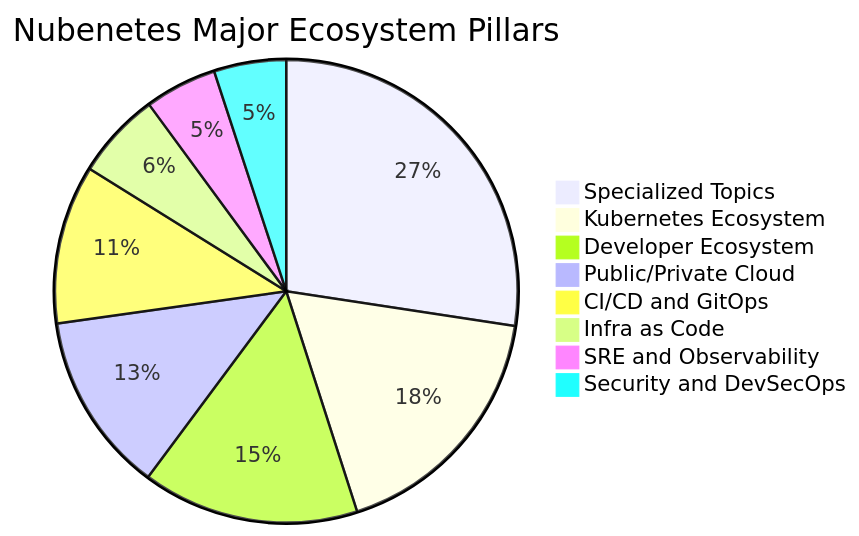
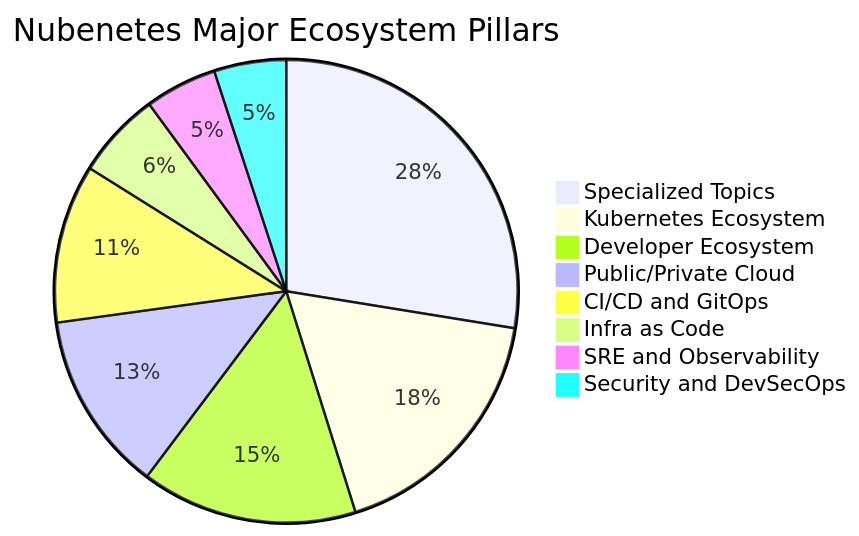
The second of 14 diagrams in README.md (nubenetes/awesome-kubernetes), drawn with Mermaid before and after one commit. The commit also changed other lines of this file, not shown here.

````diff
--- a/README.md
+++ b/README.md
@@ -308,11 +308,11 @@
 ```mermaid
 pie title Nubenetes Major Ecosystem Pillars
-    "Specialized Topics" : 5435
+    "Specialized Topics" : 5478
     "Kubernetes Ecosystem" : 3500
     "Developer Ecosystem" : 3000
     "Public/Private Cloud" : 2500
     "CI/CD and GitOps" : 2200
     "Infra as Code" : 1200
     "SRE and Observability" : 1000
     "Security and DevSecOps" : 1000
 ```
````
